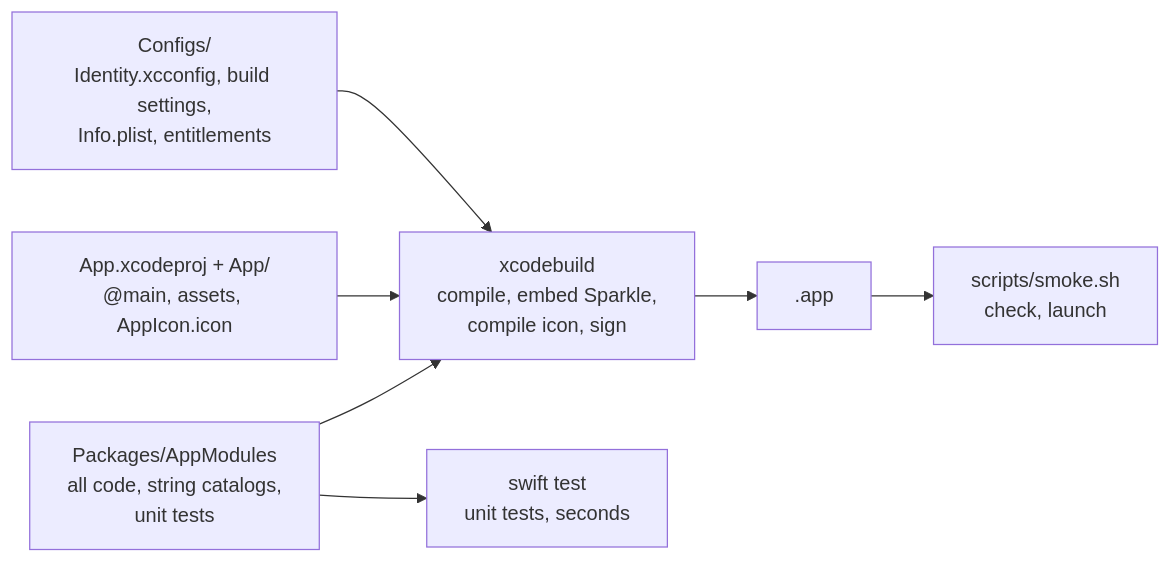
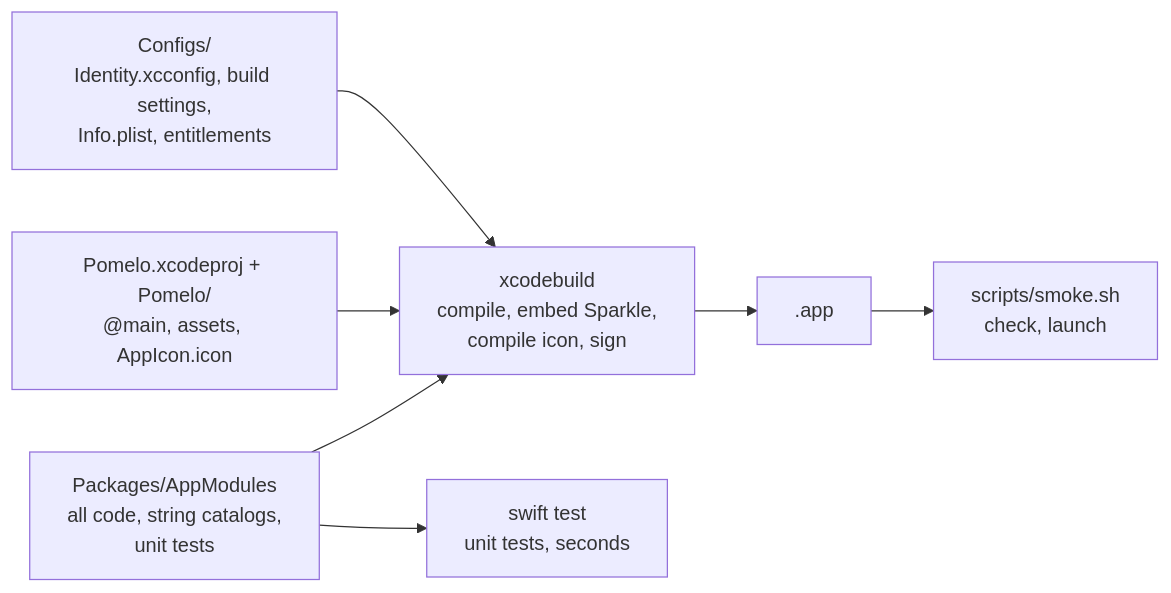
Before and after one commit to chengzi-io/macos-swiftui-spm-template: the diagram in docs/DEVELOPMENT.md, drawn with Mermaid. The commit also changed other lines of this file and 35 other files, not shown here.

````diff
--- a/docs/DEVELOPMENT.md
+++ b/docs/DEVELOPMENT.md
@@ -19,8 +19,8 @@
 ```mermaid
 flowchart LR
     pkg["Packages/AppModules<br/>all code, string catalogs,<br/>unit tests"] --> xb
-    shell["App.xcodeproj + App/<br/>@main, assets, AppIcon.icon"] --> xb
+    shell["Pomelo.xcodeproj + Pomelo/<br/>@main, assets, AppIcon.icon"] --> xb
     cfg["Configs/<br/>Identity.xcconfig, build settings,<br/>Info.plist, entitlements"] --> xb
     xb["xcodebuild<br/>compile, embed Sparkle,<br/>compile icon, sign"] --> app[".app"] --> smoke["scripts/smoke.sh<br/>check, launch"]
     pkg --> st["swift test<br/>unit tests, seconds"]
 ```
````
